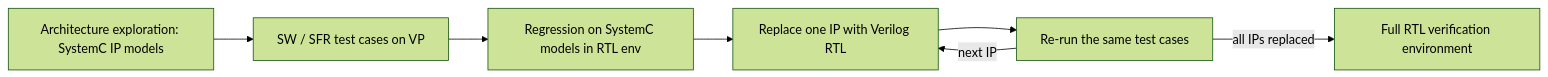
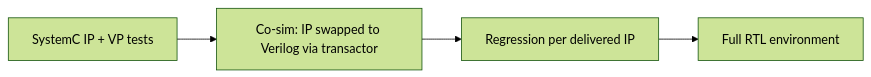
The diagram in docs/papers/ref-20261018-2416-a-study-on-virtual-prototyping-based-design-verification-met.md (nemo99007/yt-paper), drawn with Mermaid (forest theme) before and after one commit. The commit also changed other lines of this file and 172 other files, not shown here.

````diff
--- a/docs/papers/ref-20261018-2416-a-study-on-virtual-prototyping-based-design-verification-met.md
+++ b/docs/papers/ref-20261018-2416-a-study-on-virtual-prototyping-based-design-verification-met.md
@@ -203,9 +224,6 @@
 ```mermaid
 flowchart LR
-  A[Architecture exploration: SystemC IP models] --> B[SW / SFR test cases on VP]
-  B --> C[Regression on SystemC models in RTL env]
-  C --> D[Replace one IP with Verilog RTL]
-  D --> E[Re-run the same test cases]
-  E -->|next IP| D
-  E -->|all IPs replaced| F[Full RTL verification environment]
+  A[SystemC IP + VP tests] --> B[Co-sim: IP swapped to Verilog via transactor]
+  B --> C[Regression per delivered IP]
+  C --> D[Full RTL environment]
 ```
````
